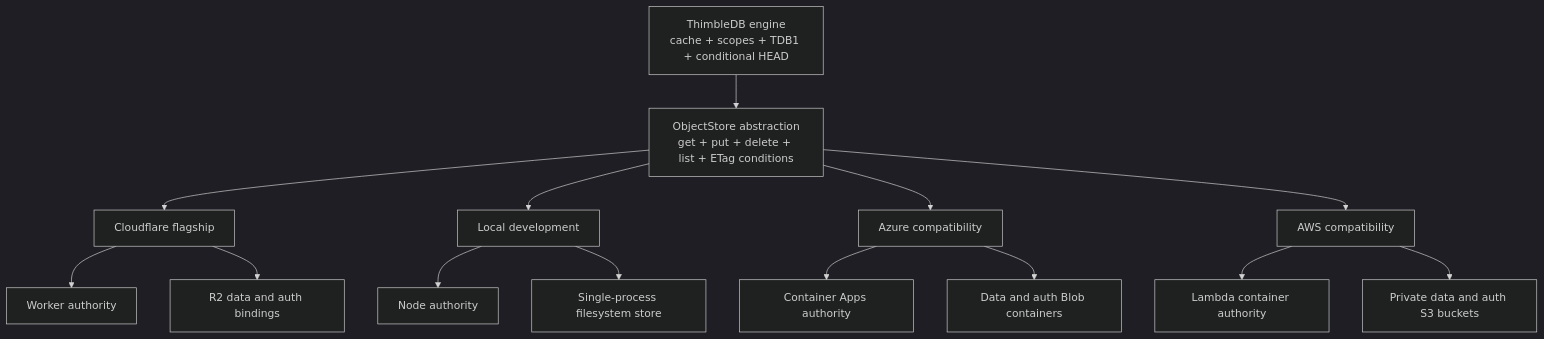
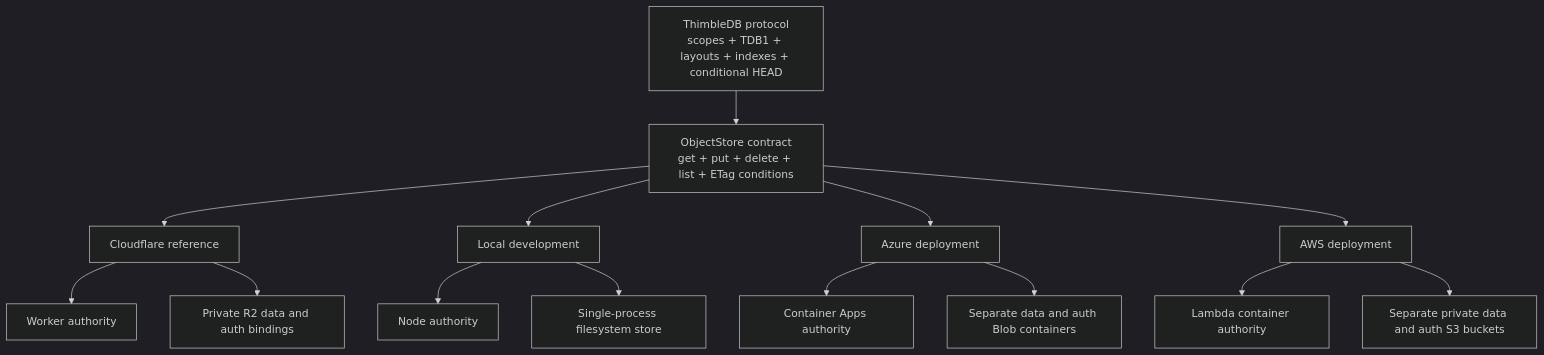
Before and after one commit to Jason-Doyle/thimble: diagram 12 of 12 in docs/DIAGRAMS.md, drawn with Mermaid (dark theme). The commit also changed other lines of this file and 96 other files, not shown here.

````diff
--- a/docs/DIAGRAMS.md
+++ b/docs/DIAGRAMS.md
@@ -214,23 +358,23 @@
 ```mermaid
 flowchart TB
-  Engine["ThimbleDB engine<br/>cache + scopes + TDB1 + conditional HEAD"]
-  Contract["ObjectStore abstraction<br/>get + put + delete + list + ETag conditions"]
+  Protocol["ThimbleDB protocol<br/>scopes + TDB1 + layouts + indexes + conditional HEAD"]
+  Contract["ObjectStore contract<br/>get + put + delete + list + ETag conditions"]
 
-  Engine --> Contract
-  Contract --> CF["Cloudflare flagship"]
+  Protocol --> Contract
+  Contract --> CF["Cloudflare reference"]
   Contract --> Local["Local development"]
-  Contract --> Azure["Azure compatibility"]
-  Contract --> AWS["AWS compatibility"]
+  Contract --> Azure["Azure deployment"]
+  Contract --> AWS["AWS deployment"]
 
   CF --> CFW["Worker authority"]
-  CF --> CFR2["R2 data and auth bindings"]
+  CF --> CFR2["Private R2 data and auth bindings"]
 
   Local --> Node["Node authority"]
   Local --> Files["Single-process filesystem store"]
 
   Azure --> ACA["Container Apps authority"]
-  Azure --> Blob["Data and auth Blob containers"]
+  Azure --> Blob["Separate data and auth Blob containers"]
 
   AWS --> Lambda["Lambda container authority"]
-  AWS --> S3["Private data and auth S3 buckets"]
+  AWS --> S3["Separate private data and auth S3 buckets"]
 ```
````
